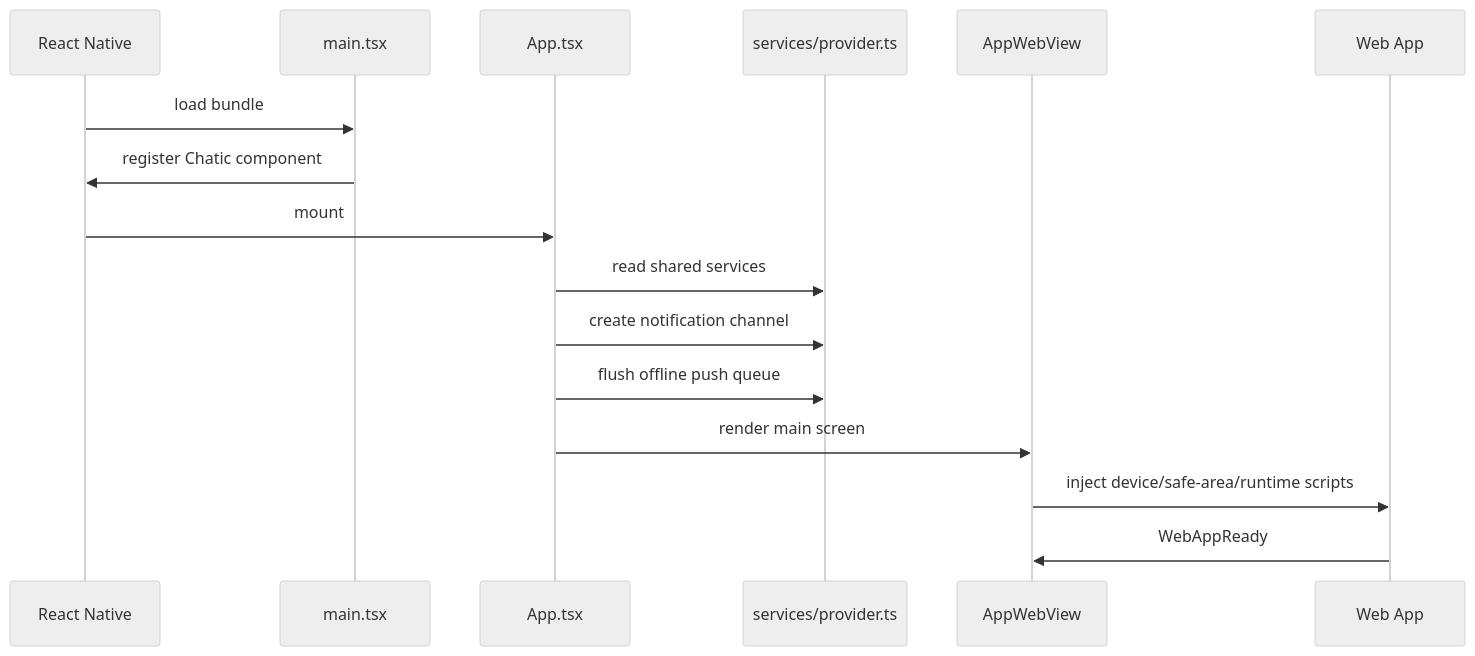
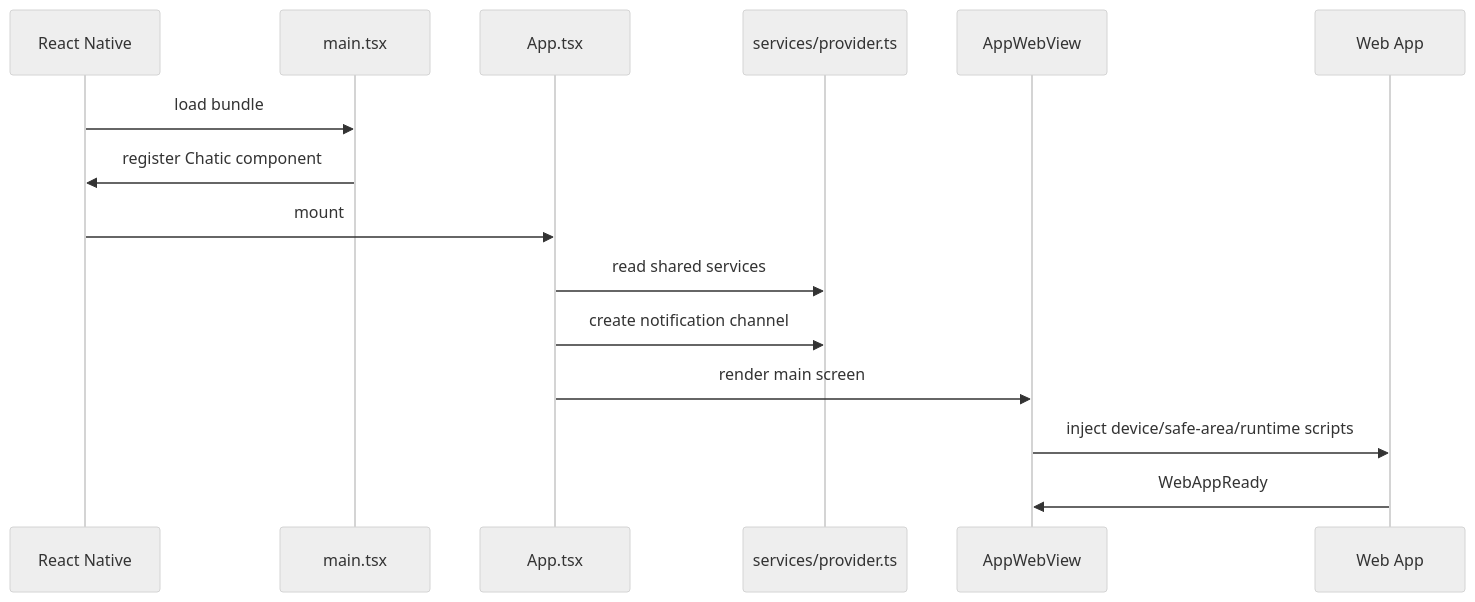
Before and after one commit to lemoncloud-io/dou-app: the second of 2 diagrams in apps/mobile/docs/architecture.md, drawn with Mermaid (neutral theme). The commit also changed other lines of this file and 5 other files, not shown here.

````diff
--- a/apps/mobile/docs/architecture.md
+++ b/apps/mobile/docs/architecture.md
@@ -47,19 +47,18 @@
 ```mermaid
 sequenceDiagram
     participant RN as React Native
     participant Main as main.tsx
     participant App as App.tsx
     participant Provider as services/provider.ts
     participant WebView as AppWebView
     participant Web as Web App
 
     RN->>Main: load bundle
     Main->>RN: register Chatic component
     RN->>App: mount
     App->>Provider: read shared services
     App->>Provider: create notification channel
-    App->>Provider: flush offline push queue
     App->>WebView: render main screen
     WebView->>Web: inject device/safe-area/runtime scripts
     Web->>WebView: WebAppReady
 ```
````
